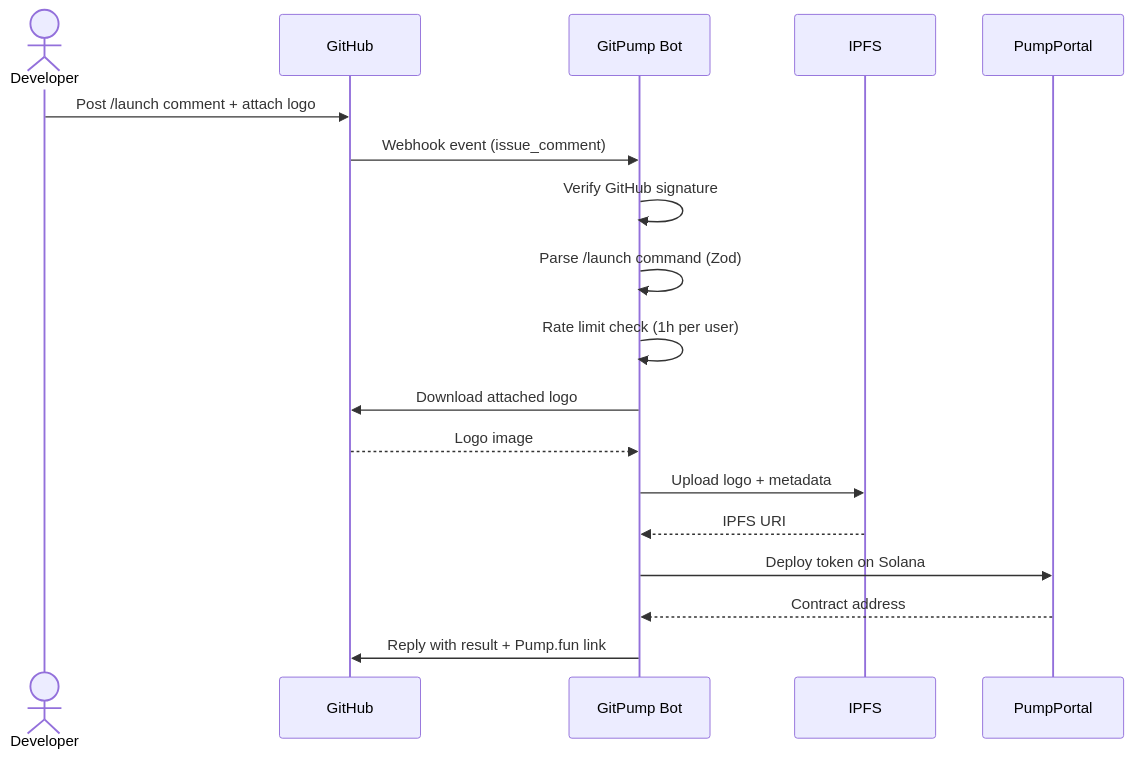
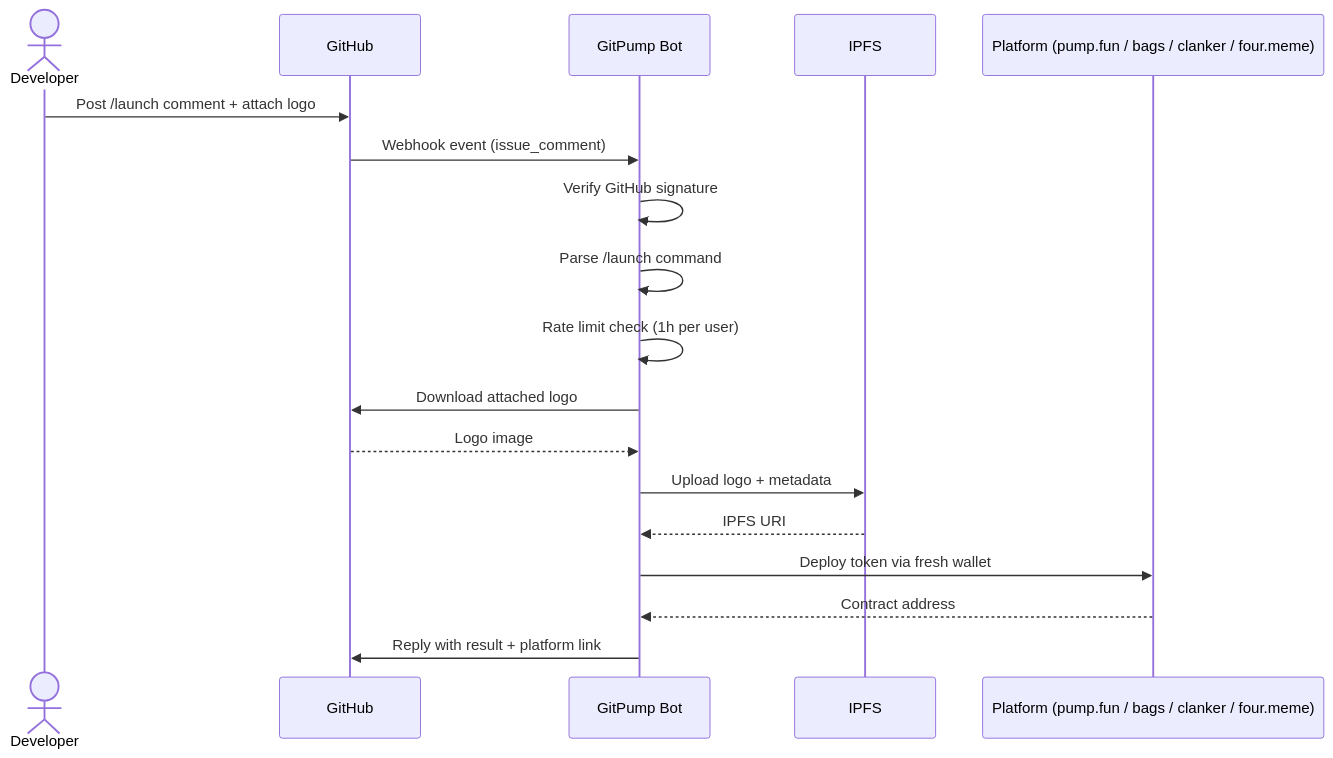
The diagram in profile/README.md (git-pump/.github), drawn with Mermaid before and after one commit. The commit also changed other lines of this file, not shown here.

````diff
--- a/profile/README.md
+++ b/profile/README.md
@@ -55,21 +64,21 @@
 ```mermaid
 sequenceDiagram
     actor Dev as Developer
     participant GH as GitHub
     participant Bot as GitPump Bot
     participant IPFS as IPFS
-    participant PP as PumpPortal
+    participant Chain as Platform (pump.fun / bags / clanker / four.meme)
 
     Dev->>GH: Post /launch comment + attach logo
     GH->>Bot: Webhook event (issue_comment)
     Bot->>Bot: Verify GitHub signature
-    Bot->>Bot: Parse /launch command (Zod)
+    Bot->>Bot: Parse /launch command
     Bot->>Bot: Rate limit check (1h per user)
     Bot->>GH: Download attached logo
     GH-->>Bot: Logo image
     Bot->>IPFS: Upload logo + metadata
     IPFS-->>Bot: IPFS URI
-    Bot->>PP: Deploy token on Solana
-    PP-->>Bot: Contract address
-    Bot->>GH: Reply with result + Pump.fun link
+    Bot->>Chain: Deploy token via fresh wallet
+    Chain-->>Bot: Contract address
+    Bot->>GH: Reply with result + platform link
 ```
````
